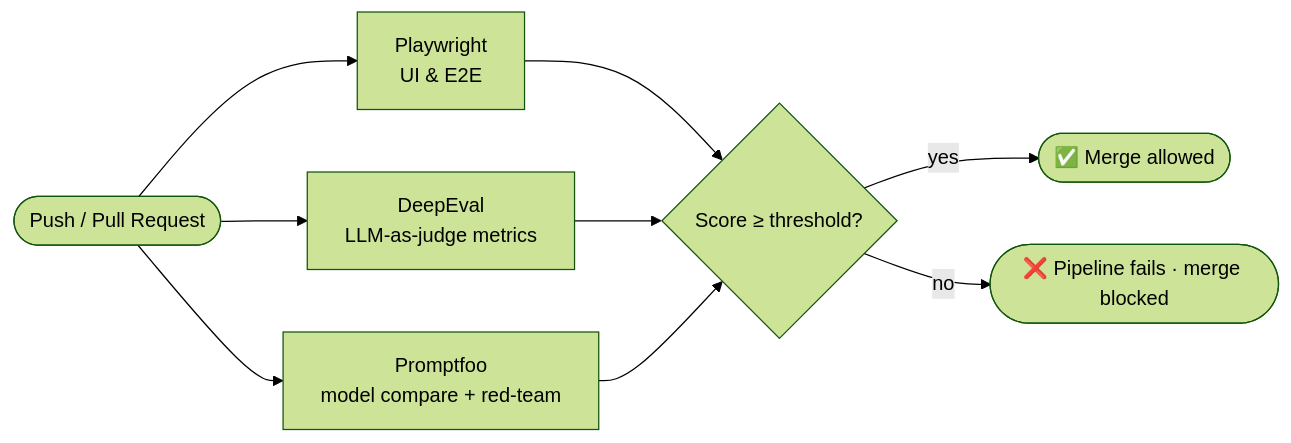
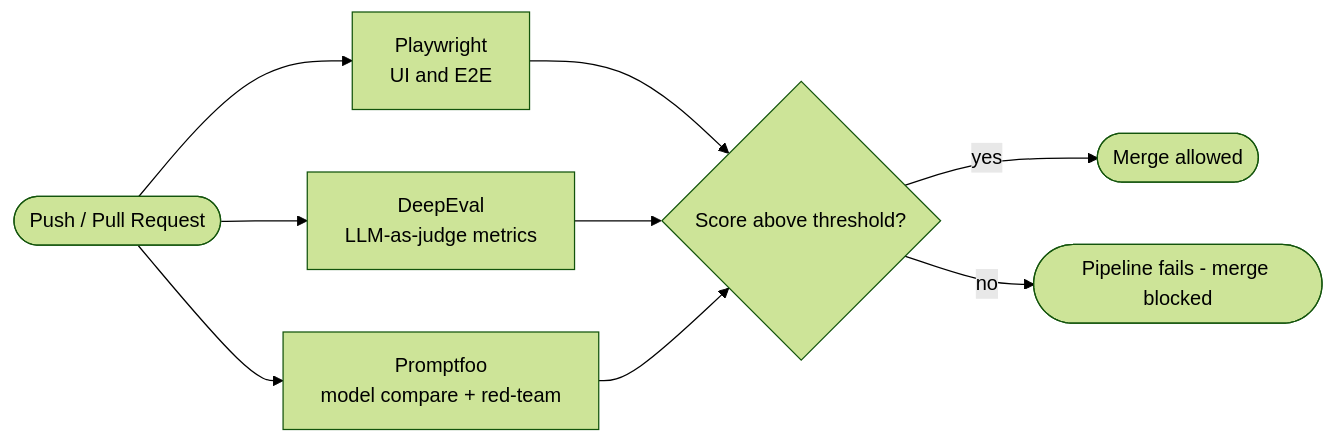
The diagram in README.md (criguex/qa-eval-lab), drawn with Mermaid (forest theme) before and after one commit.

Commit message:
docs: fix mermaid diagram rendering (quoted labels)

````diff
--- a/README.md
+++ b/README.md
@@ -48,11 +48,11 @@
 ```mermaid
 flowchart LR
-    A([Push / Pull Request]) --> B[Playwright<br/>UI &amp; E2E]
-    A --> C[DeepEval<br/>LLM-as-judge metrics]
-    A --> D[Promptfoo<br/>model compare + red-team]
-    B --> E{Score &ge; threshold?}
+    A([Push / Pull Request]) --> B["Playwright<br/>UI and E2E"]
+    A --> C["DeepEval<br/>LLM-as-judge metrics"]
+    A --> D["Promptfoo<br/>model compare + red-team"]
+    B --> E{"Score above threshold?"}
     C --> E
     D --> E
-    E -- yes --> F([✅ Merge allowed])
-    E -- no  --> G([❌ Pipeline fails · merge blocked])
+    E -- yes --> F(["Merge allowed"])
+    E -- no --> G(["Pipeline fails - merge blocked"])
 ```
````
